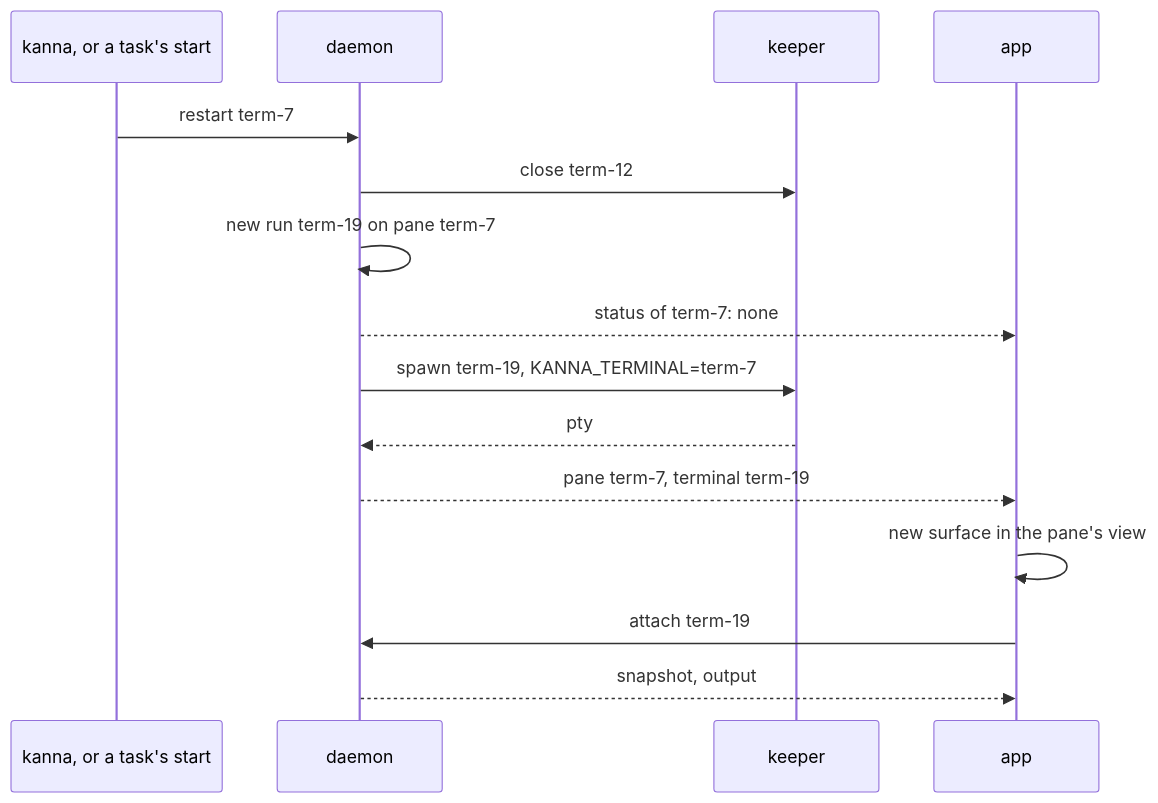
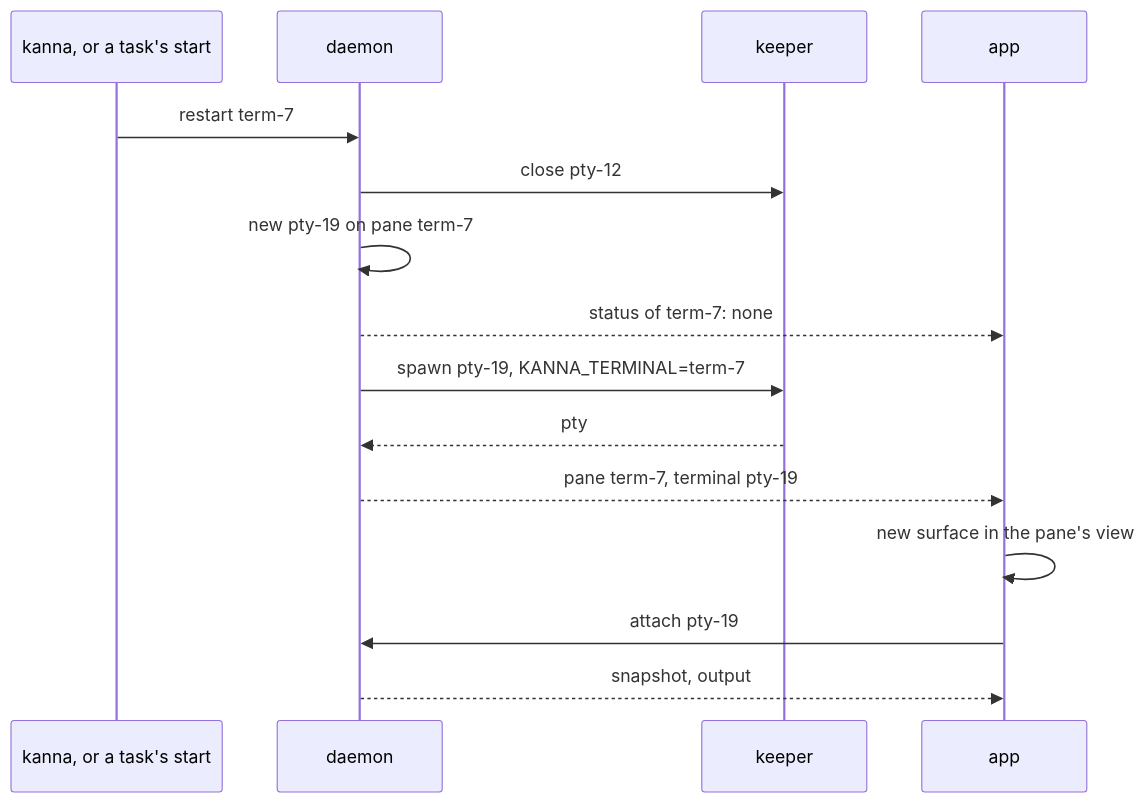
Before and after one commit to tampopogk/kanna: the second of 2 diagrams in docs/specs/durable-panes.md, drawn with Mermaid. The commit also changed other lines of this file and 20 other files, not shown here.

First line of the commit message:
A pane's ptys are pty-N, and no longer name it

````diff
--- a/docs/specs/durable-panes.md
+++ b/docs/specs/durable-panes.md
@@ -57,17 +58,17 @@
 ```mermaid
 sequenceDiagram
     participant C as kanna, or a task's start
     participant D as daemon
     participant K as keeper
     participant A as app
     C->>D: restart term-7
-    D->>K: close term-12
-    D->>D: new run term-19 on pane term-7
+    D->>K: close pty-12
+    D->>D: new pty-19 on pane term-7
     D-->>A: status of term-7: none
-    D->>K: spawn term-19, KANNA_TERMINAL=term-7
+    D->>K: spawn pty-19, KANNA_TERMINAL=term-7
     K-->>D: pty
-    D-->>A: pane term-7, terminal term-19
+    D-->>A: pane term-7, terminal pty-19
     A->>A: new surface in the pane's view
-    A->>D: attach term-19
+    A->>D: attach pty-19
     D-->>A: snapshot, output
 ```
````
